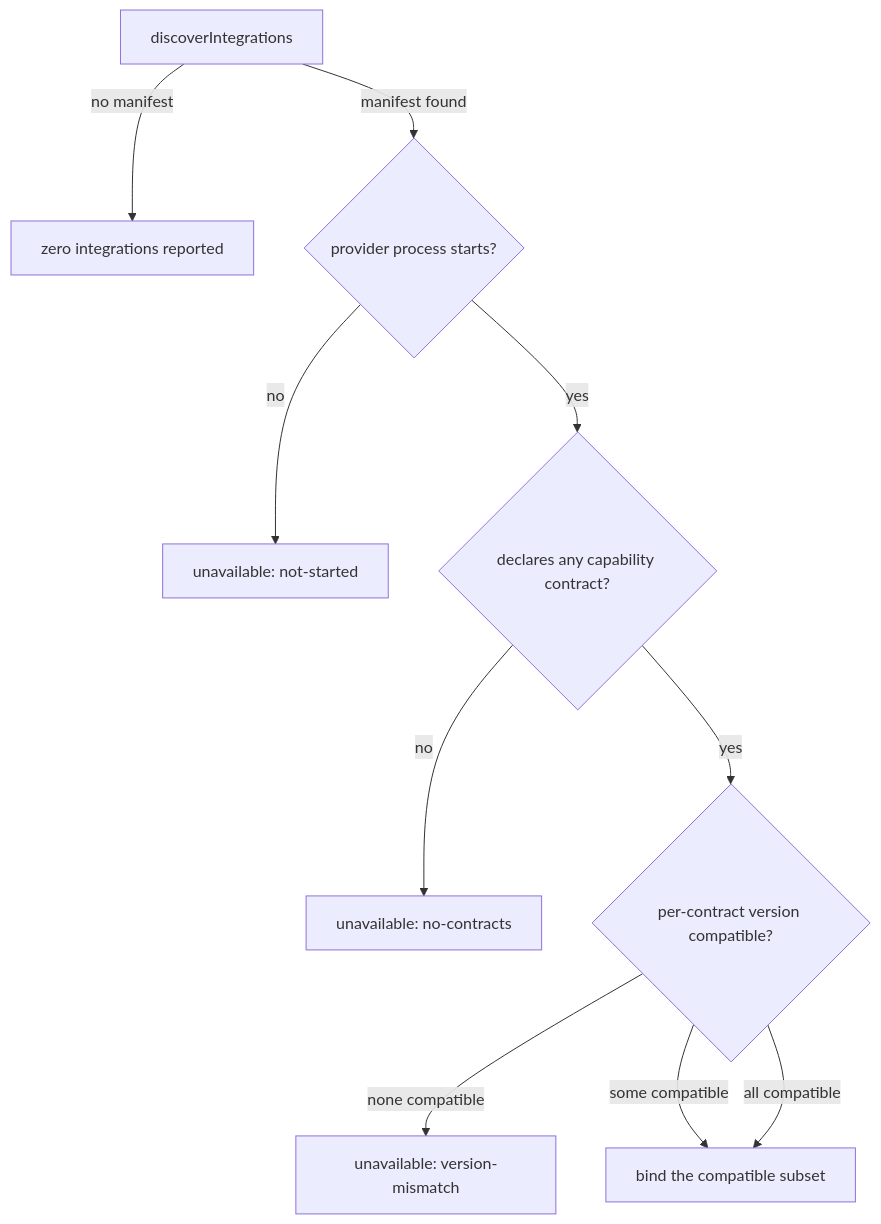
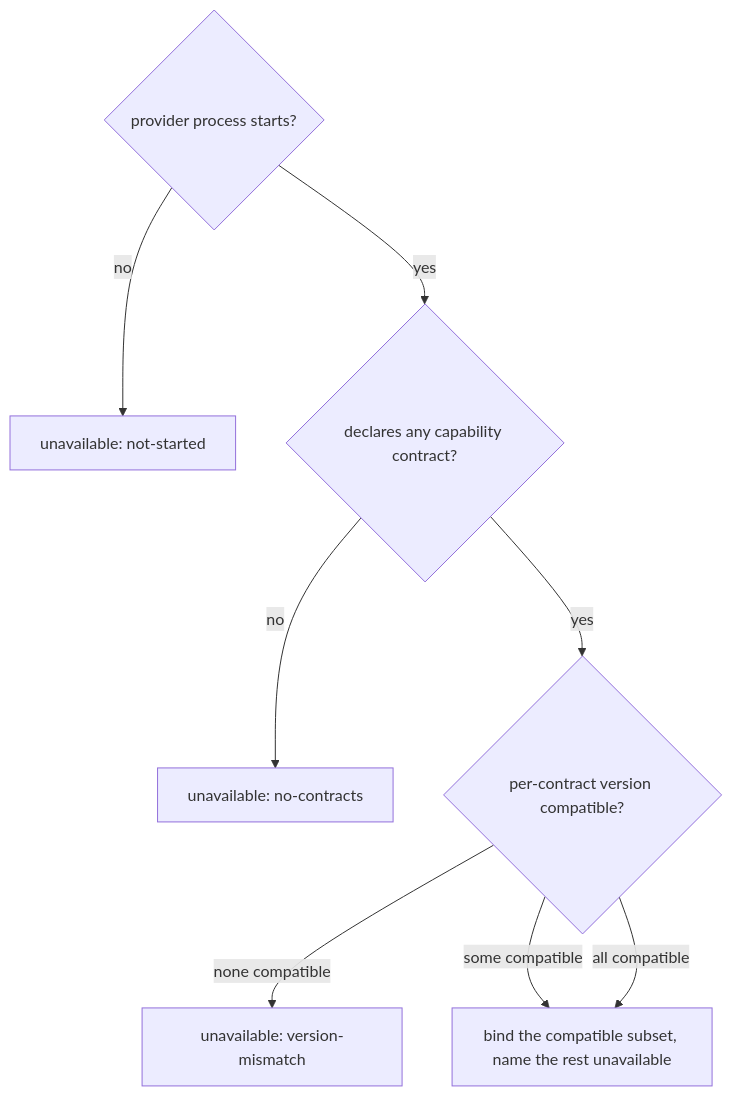
One commit to cyberuni/cyber-truss changed the second of 6 diagrams in packages/command-center/.agents/spec/integration/extension-contract/README.md. Above: the diagram before and after it, drawn with Mermaid. The commit also changed other lines of this file and 2 other files, not shown here.

````diff
--- a/packages/command-center/.agents/spec/integration/extension-contract/README.md
+++ b/packages/command-center/.agents/spec/integration/extension-contract/README.md
@@ -147,12 +182,11 @@
 ```mermaid
 graph TD
-  A[discoverIntegrations] -->|no manifest| Z[zero integrations reported]
-  A -->|manifest found| B{provider process starts?}
+  B{provider process starts?}
   B -->|no| U1[unavailable: not-started]
   B -->|yes| C{declares any capability contract?}
   C -->|no| U2[unavailable: no-contracts]
   C -->|yes| D{per-contract version compatible?}
   D -->|none compatible| U3[unavailable: version-mismatch]
-  D -->|some compatible| E[bind the compatible subset]
+  D -->|some compatible| E[bind the compatible subset, name the rest unavailable]
   D -->|all compatible| E
 ```
````
